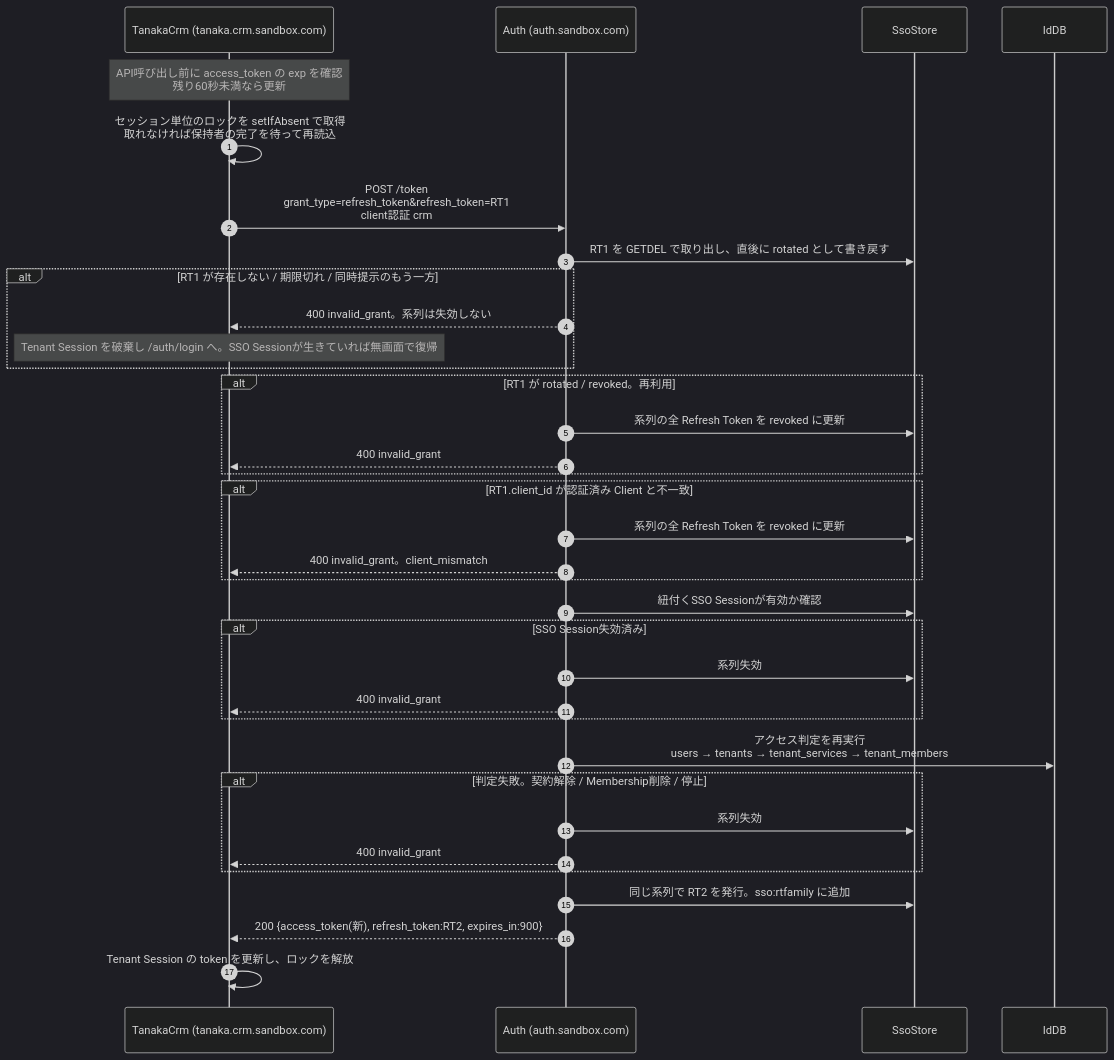
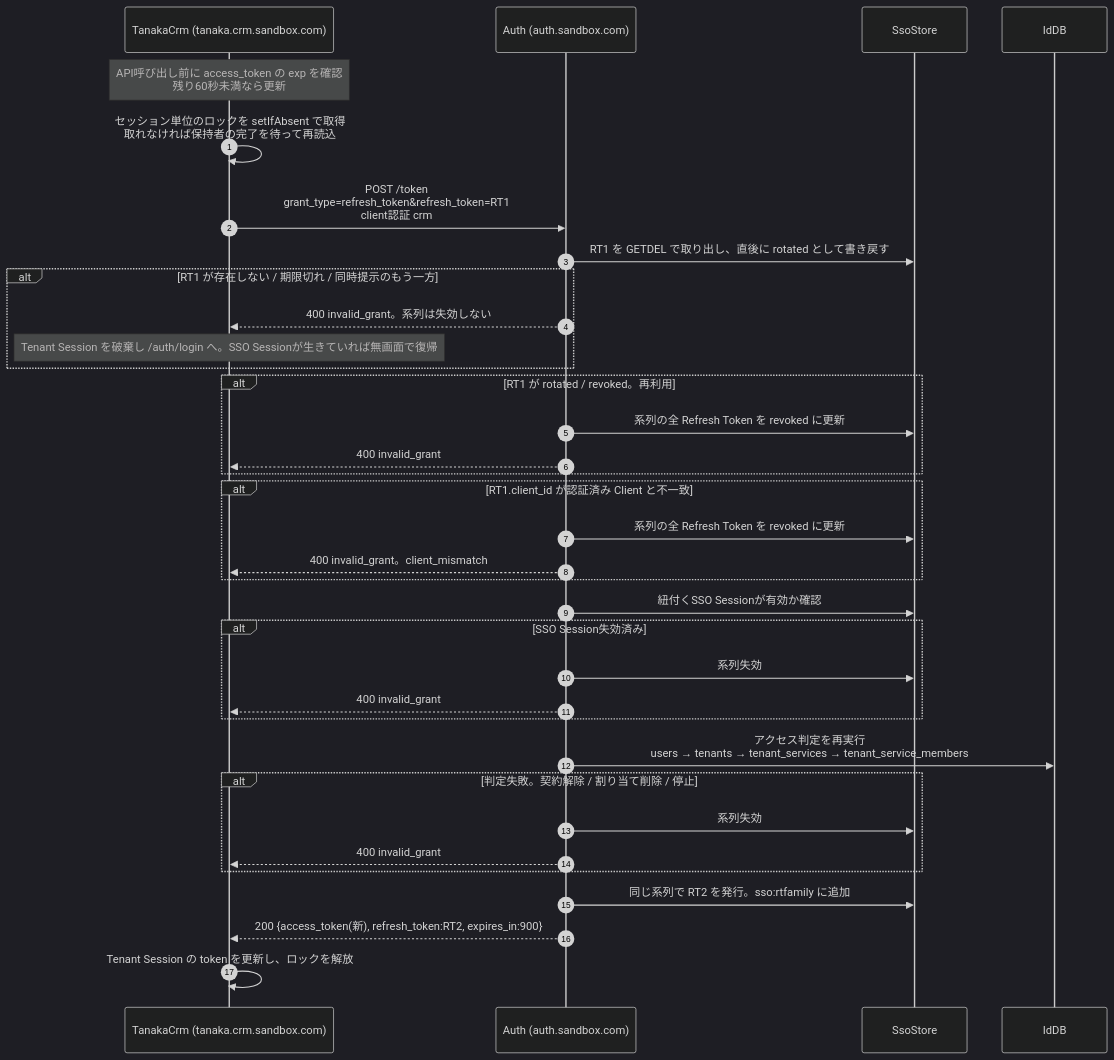
One commit to daisuke-tanabe/multi-domain-sandbox changed the seventh of 15 diagrams in docs/design/02-auth-sequences.md. Above: the diagram before and after it, drawn with Mermaid (dark theme). The commit also changed other lines of this file and 48 other files, not shown here.

````diff
--- a/docs/design/02-auth-sequences.md
+++ b/docs/design/02-auth-sequences.md
@@ -280,38 +281,38 @@
 ```mermaid
 sequenceDiagram
     autonumber
     participant TanakaCrm as TanakaCrm (tanaka.crm.sandbox.com)
     participant Auth as Auth (auth.sandbox.com)
     participant SsoStore
     participant IdDB
 
     Note over TanakaCrm: API呼び出し前に access_token の exp を確認<br/>残り60秒未満なら更新
     TanakaCrm->>TanakaCrm: セッション単位のロックを setIfAbsent で取得<br/>取れなければ保持者の完了を待って再読込
     TanakaCrm->>Auth: POST /token<br/>grant_type=refresh_token&refresh_token=RT1<br/>client認証 crm
     Auth->>SsoStore: RT1 を GETDEL で取り出し、直後に rotated として書き戻す
     alt RT1 が存在しない / 期限切れ / 同時提示のもう一方
         Auth-->>TanakaCrm: 400 invalid_grant。系列は失効しない
         Note over TanakaCrm: Tenant Session を破棄し /auth/login へ。SSO Sessionが生きていれば無画面で復帰
     end
     alt RT1 が rotated / revoked。再利用
         Auth->>SsoStore: 系列の全 Refresh Token を revoked に更新
         Auth-->>TanakaCrm: 400 invalid_grant
     end
     alt RT1.client_id が認証済み Client と不一致
         Auth->>SsoStore: 系列の全 Refresh Token を revoked に更新
         Auth-->>TanakaCrm: 400 invalid_grant。client_mismatch
     end
     Auth->>SsoStore: 紐付くSSO Sessionが有効か確認
     alt SSO Session失効済み
         Auth->>SsoStore: 系列失効
         Auth-->>TanakaCrm: 400 invalid_grant
     end
-    Auth->>IdDB: アクセス判定を再実行<br/>users → tenants → tenant_services → tenant_members
-    alt 判定失敗。契約解除 / Membership削除 / 停止
+    Auth->>IdDB: アクセス判定を再実行<br/>users → tenants → tenant_services → tenant_service_members
+    alt 判定失敗。契約解除 / 割り当て削除 / 停止
         Auth->>SsoStore: 系列失効
         Auth-->>TanakaCrm: 400 invalid_grant
     end
     Auth->>SsoStore: 同じ系列で RT2 を発行。sso:rtfamily に追加
     Auth-->>TanakaCrm: 200 {access_token(新), refresh_token:RT2, expires_in:900}
     TanakaCrm->>TanakaCrm: Tenant Session の token を更新し、ロックを解放
 ```
````
